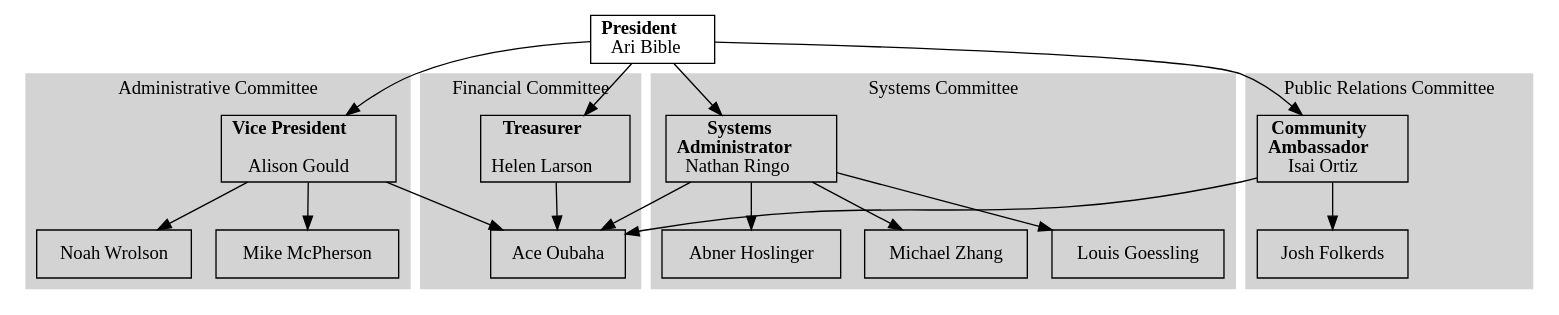
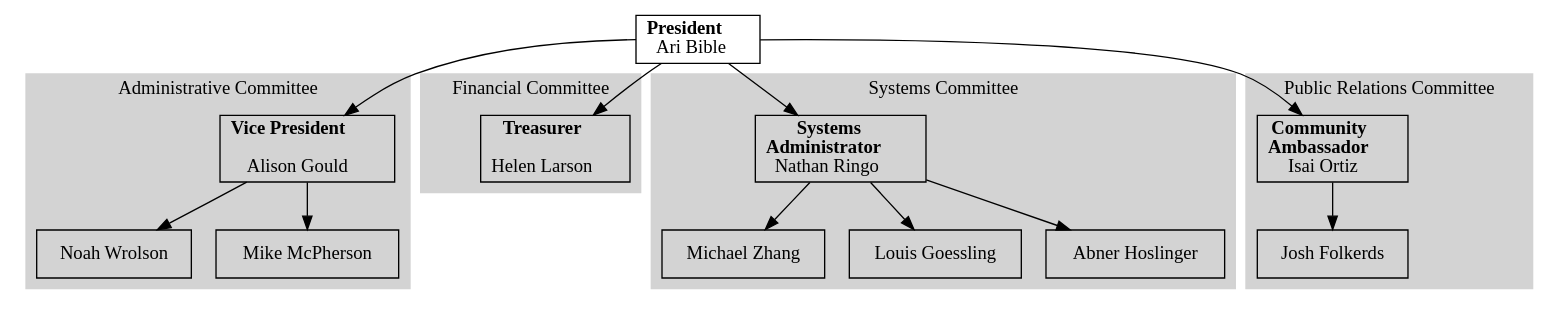
The diagram in charts/officers.dot (acmumn/officer-resources), drawn with Graphviz before and after one commit.

Commit message:
Puns, Prezi

```diff
--- a/charts/officers.dot
+++ b/charts/officers.dot
@@ -1,54 +1,51 @@
 digraph officerPositions {
 	node[shape = "box"];
 	president [label = <<b>President</b><br/>Ari Bible>];
 
 	// Ari lording their power over us.
 	president -> vicePresident, treasurer, sysadmin, communityAmbassador;
 
 	subgraph cluster_financial {
 		treasurer [label = <<b>Treasurer</b><br/><br/>Helen Larson>];
-		ace [label = "Ace Oubaha"];
-
-		treasurer -> ace;
 
 		color = "lightgrey";
 		label = "Financial Committee";
 		style = "filled";
 	}
 
 	subgraph cluster_administrative {
 		vicePresident [label = <<b>Vice President</b><br/><br/>Alison Gould>];
 		secretary [label = "Noah Wrolson"];
 		mike [label = "Mike McPherson"];
 
-		vicePresident -> secretary, ace, mike;
+		vicePresident -> secretary, mike;
 
 		color = lightgrey;
 		label = "Administrative Committee";
 		style = filled;
 	}
 
 	subgraph cluster_public_relations {
 		communityAmbassador [label = <<b>Community<br/>Ambassador</b><br/>Isai Ortiz>];
 		membership [label = "Josh Folkerds"];
 
-		communityAmbassador -> ace, membership;
+		communityAmbassador -> membership;
 
 		color = lightgrey;
 		label = "Public Relations Committee";
 		style = filled;
 	}
 
 	subgraph cluster_systems {
 		sysadmin [label = <<b>Systems<br/>Administrator</b><br/>Nathan Ringo>];
 		webmaster [label = "Michael Zhang"];
 		louis [label = "Louis Goessling"];
 		abner [label = "Abner Hoslinger"];
 
-		sysadmin -> abner, ace, webmaster, louis;
+		sysadmin -> abner, webmaster, louis;
 
 		color = lightgrey;
 		label = "Systems Committee";
 		style = filled;
 	}
 }
```
